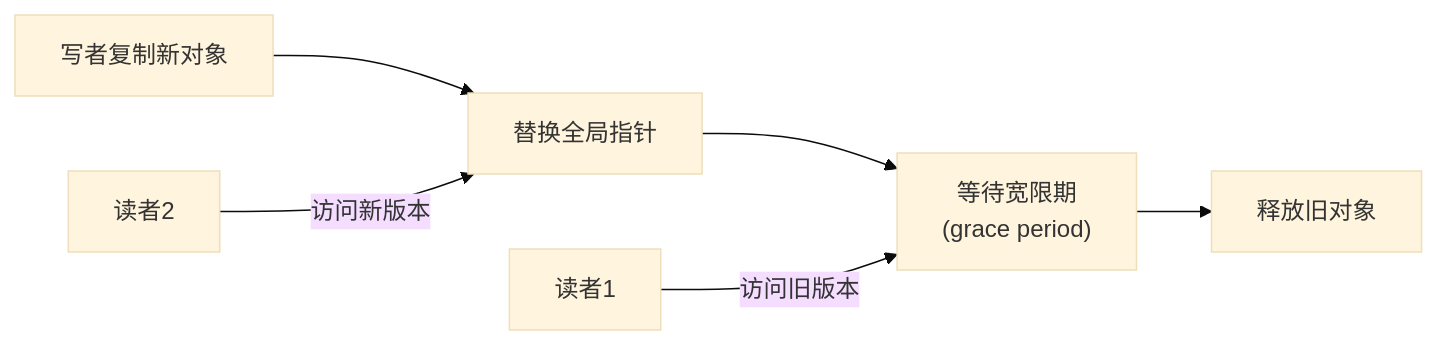
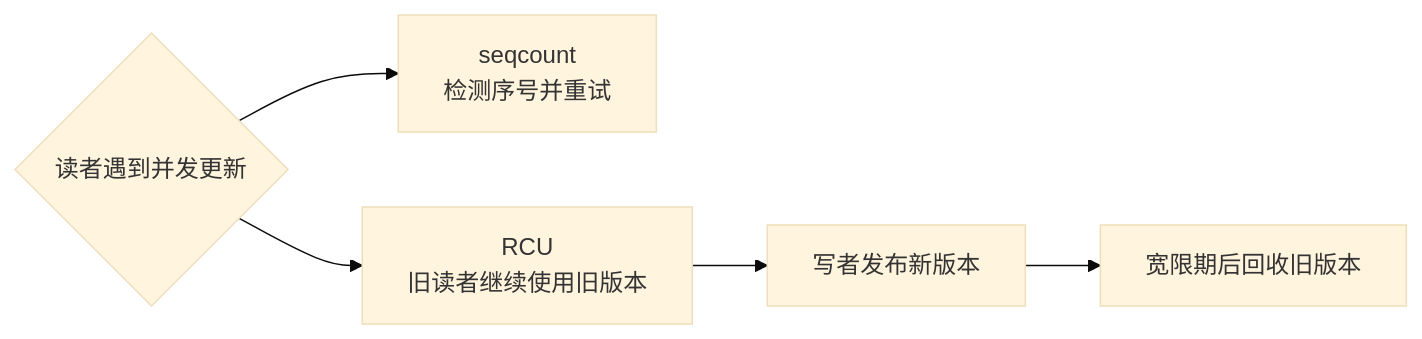
The second of 2 diagrams in knowledge/linux/synchronization/concurrency_and_competition/P01_并发脉络与概念缓冲/P05_读多写少路线_seqcountseqlock_与_RCU.md (FormingSystem/linux_note), drawn with Mermaid (base theme) before and after one commit. The commit also changed other lines of this file and 19 other files, not shown here.

````diff
--- a/knowledge/linux/synchronization/concurrency_and_competition/P01_并发脉络与概念缓冲/P05_读多写少路线_seqcountseqlock_与_RCU.md
+++ b/knowledge/linux/synchronization/concurrency_and_competition/P01_并发脉络与概念缓冲/P05_读多写少路线_seqcountseqlock_与_RCU.md
@@ -181,8 +119,7 @@
 ```mermaid
 flowchart LR
-    A[写者复制新对象] --> B[替换全局指针]
-    B --> C["等待宽限期<br/>(grace period)"]
-    C --> D[释放旧对象]
-    R1[读者1] -->|访问旧版本| C
-    R2[读者2] -->|访问新版本| B
+    Q{读者遇到并发更新} --> S[seqcount<br/>检测序号并重试]
+    Q --> R[RCU<br/>旧读者继续使用旧版本]
+    R --> P[写者发布新版本]
+    P --> G[宽限期后回收旧版本]
 ```
````
